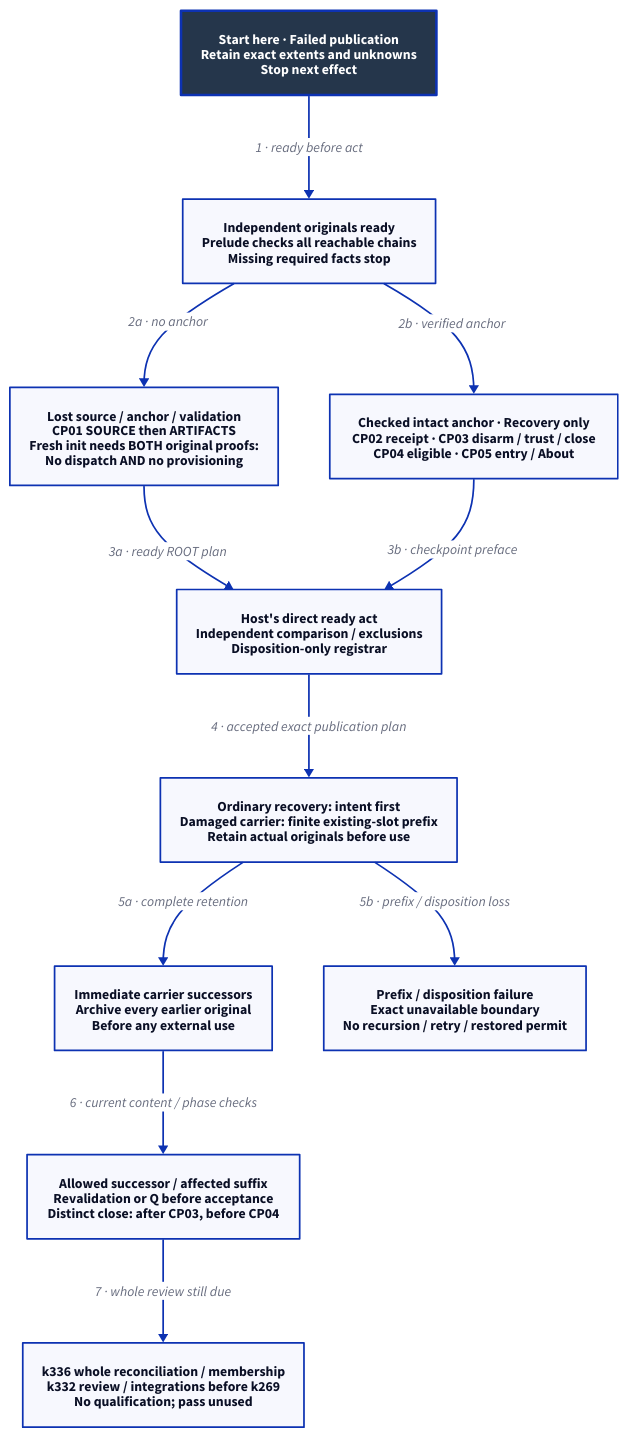
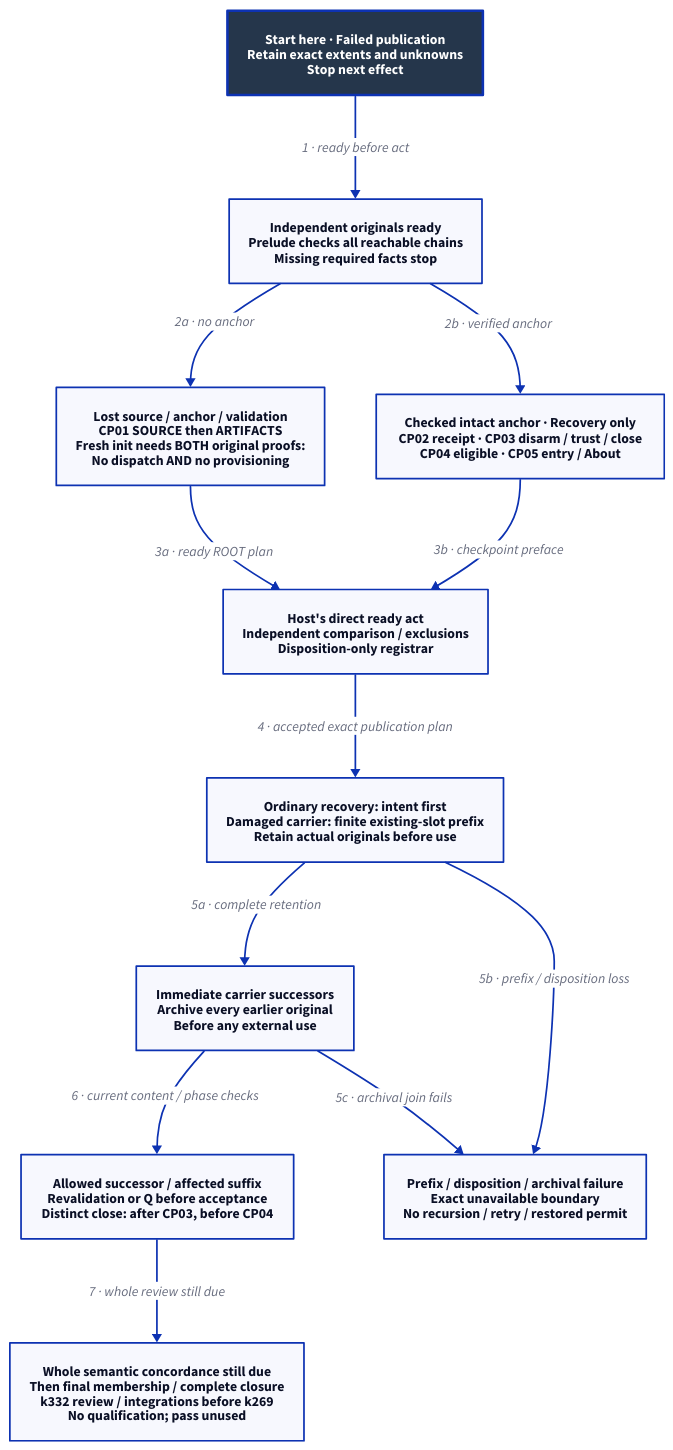
The diagram in docs/design/architecture/native-reference-admission.d2 (Linkuistics/Koine), drawn with D2 before and after one commit. The commit also changed 34 other files, not shown here.

```diff
--- a/docs/design/architecture/native-reference-admission.d2
+++ b/docs/design/architecture/native-reference-admission.d2
@@ -1,25 +1,26 @@
 # Hosted recovery design; whole k336 reconciliation and k332 review precede use.
 direction: down
 classes: {
   start: {style: {fill: "#25364B"; font-color: "#FFFFFF"; bold: true; stroke-width: 3}}
 }
 Start: "Start here · Failed publication\nRetain exact extents and unknowns\nStop next effect" {class: start}
 Root: "Independent originals ready\nPrelude checks all reachable chains\nMissing required facts stop"
 Source: "Lost source / anchor / validation\nCP01 SOURCE then ARTIFACTS\nFresh init needs BOTH original proofs:\nNo dispatch AND no provisioning"
 Intact: "Checked intact anchor · Recovery only\nCP02 receipt · CP03 disarm / trust / close\nCP04 eligible · CP05 entry / About"
 Act: "Host's direct ready act\nIndependent comparison / exclusions\nDisposition-only registrar"
 Prefix: "Ordinary recovery: intent first\nDamaged carrier: finite existing-slot prefix\nRetain actual originals before use"
 Join: "Immediate carrier successors\nArchive every earlier original\nBefore any external use"
 Next: "Allowed successor / affected suffix\nRevalidation or Q before acceptance\nDistinct close: after CP03, before CP04"
-Stop: "Prefix / disposition failure\nExact unavailable boundary\nNo recursion / retry / restored permit"
-Whole: "k336 whole reconciliation / membership\nk332 review / integrations before k269\nNo qualification; pass unused"
+Stop: "Prefix / disposition / archival failure\nExact unavailable boundary\nNo recursion / retry / restored permit"
+Whole: "Whole semantic concordance still due\nThen final membership / complete closure\nk332 review / integrations before k269\nNo qualification; pass unused"
 Start -> Root: "1 · ready before act"
 Root -> Source: "2a · no anchor"
 Root -> Intact: "2b · verified anchor"
 Source -> Act: "3a · ready ROOT plan"
 Intact -> Act: "3b · checkpoint preface"
 Act -> Prefix: "4 · accepted exact publication plan"
 Prefix -> Join: "5a · complete retention"
 Join -> Next: "6 · current content / phase checks"
 Next -> Whole: "7 · whole review still due"
 Prefix -> Stop: "5b · prefix / disposition loss"
+Join -> Stop: "5c · archival join fails"
```
